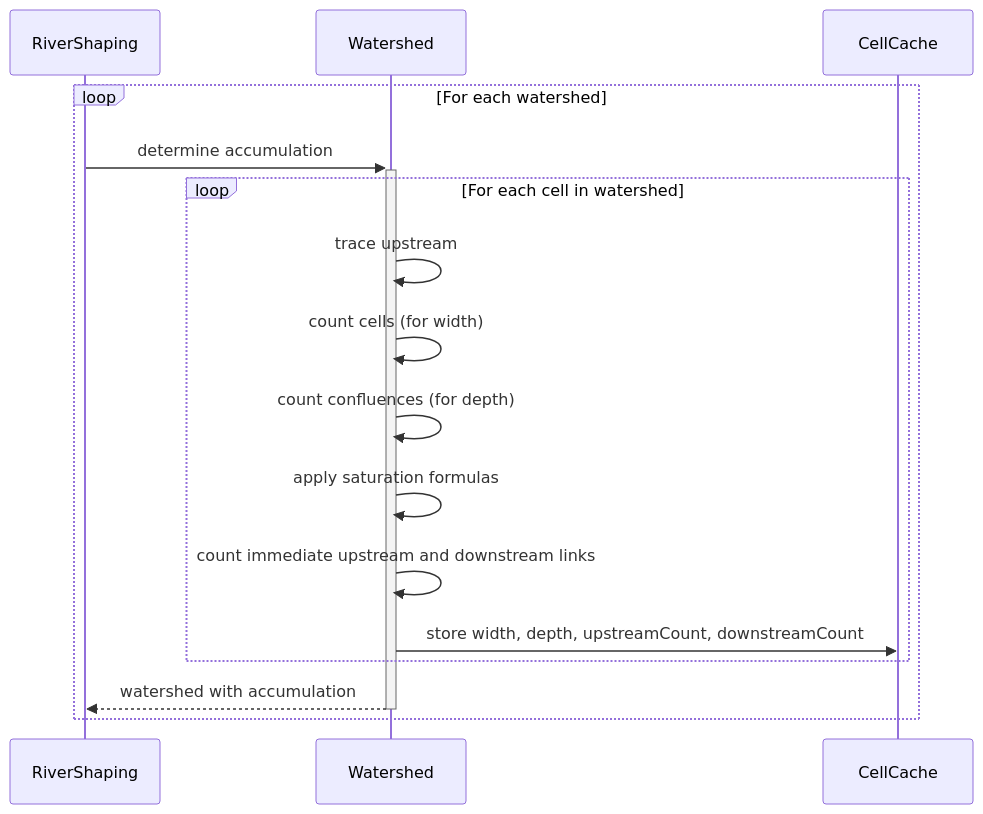
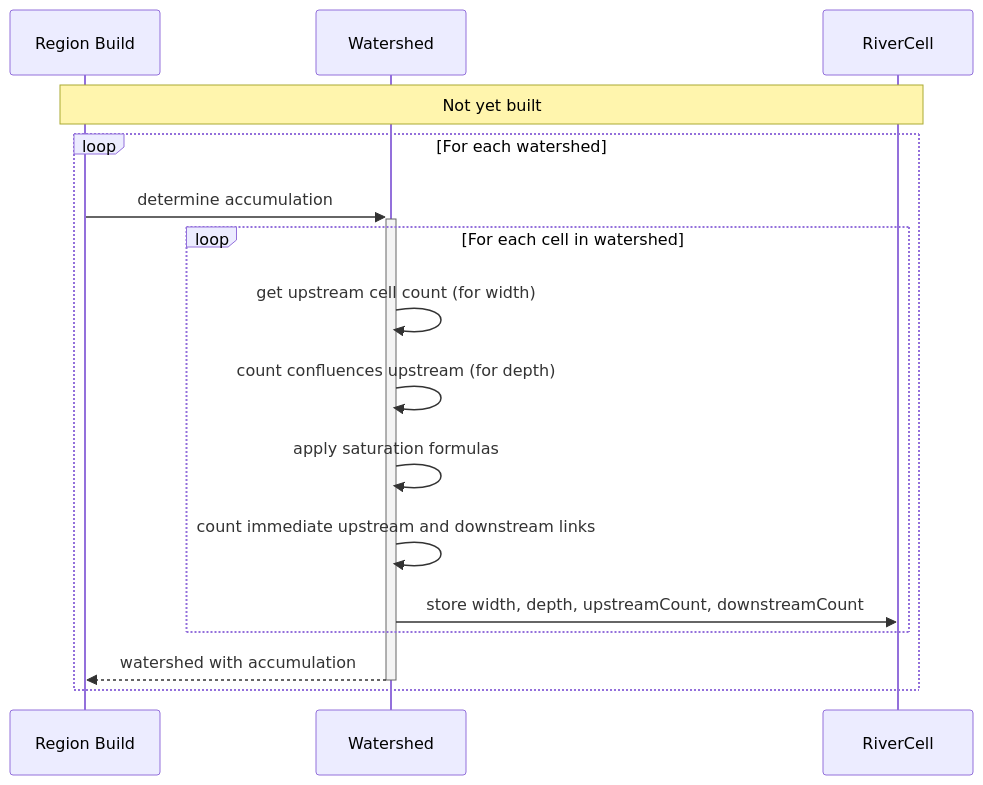
One commit to SoSly/RiverTale changed diagram 17 of 22 in docs/features/rivers/Rough Diagrams.md. Above: the diagram before and after it, drawn with Mermaid. The commit also changed other lines of this file and 33 other files, not shown here.

Commit message:
docs: replace stale feature docs with an accurate rough diagrams map

````diff
--- a/docs/features/rivers/Rough Diagrams.md
+++ b/docs/features/rivers/Rough Diagrams.md
@@ -417,21 +549,22 @@
 ```mermaid
 sequenceDiagram
-    participant RiverShaping
+    participant Build as Region Build
     participant Watershed
-    participant CellCache
+    participant RiverCell
+
+    Note over Build,RiverCell: Not yet built
 
     loop For each watershed
-        RiverShaping ->>+ Watershed: determine accumulation
+        Build ->>+ Watershed: determine accumulation
 
         loop For each cell in watershed
-            Watershed ->> Watershed: trace upstream
-            Watershed ->> Watershed: count cells (for width)
-            Watershed ->> Watershed: count confluences (for depth)
+            Watershed ->> Watershed: get upstream cell count (for width)
+            Watershed ->> Watershed: count confluences upstream (for depth)
             Watershed ->> Watershed: apply saturation formulas
             Watershed ->> Watershed: count immediate upstream and downstream links
-            Watershed ->> CellCache: store width, depth, upstreamCount, downstreamCount
+            Watershed ->> RiverCell: store width, depth, upstreamCount, downstreamCount
         end
 
-        Watershed -->>- RiverShaping: watershed with accumulation
+        Watershed -->>- Build: watershed with accumulation
     end
 ```
````
